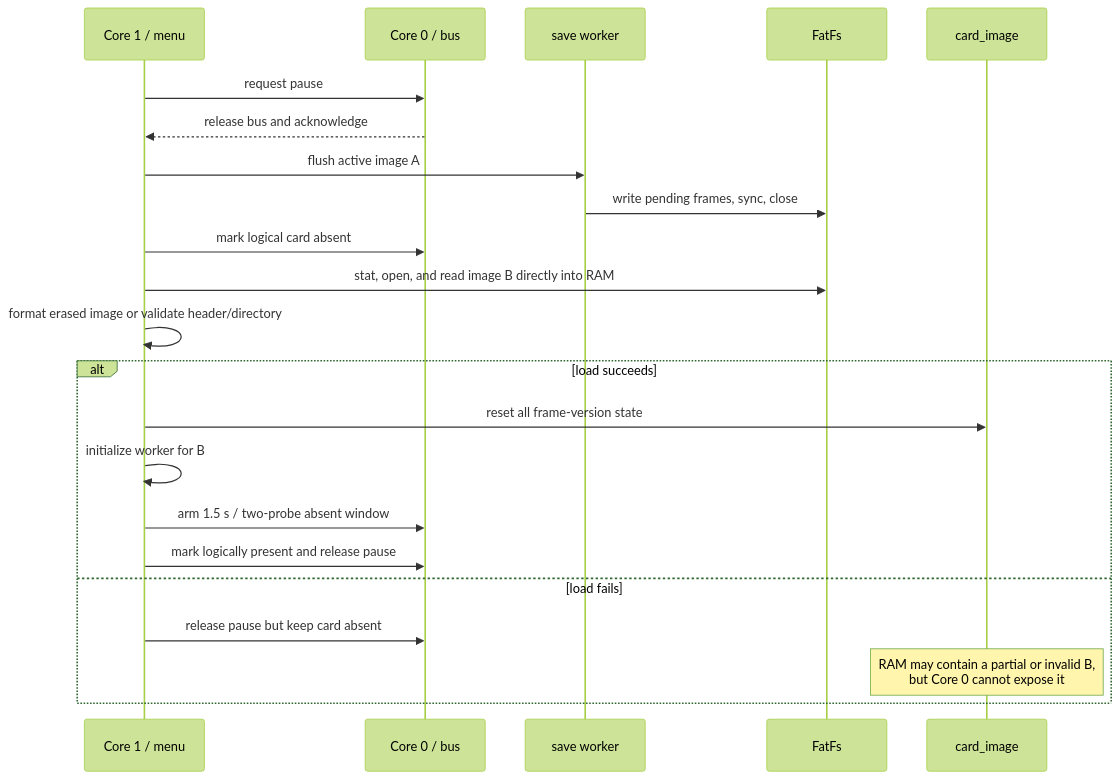
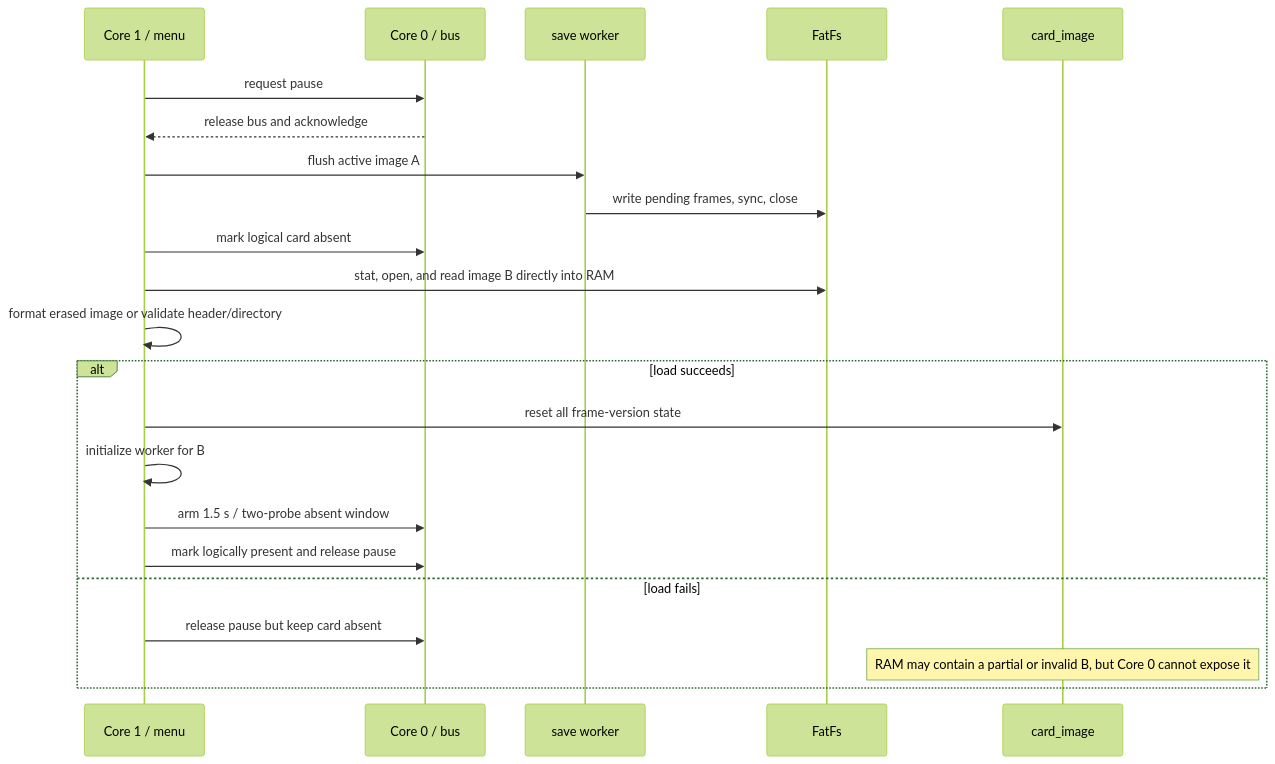
Before and after one commit to Blachovsky/PS-microCard: the third of 3 diagrams in docs/persistence.md, drawn with Mermaid (forest theme). The commit also changed 1 other file, not shown here.

Commit message:
documentation changes

````diff
--- a/docs/persistence.md
+++ b/docs/persistence.md
@@ -114,25 +114,25 @@
 ```mermaid
 sequenceDiagram
     participant UI as Core 1 / menu
     participant C0 as Core 0 / bus
     participant WORKER as save worker
     participant FS as FatFs
     participant RAM as card_image
 
     UI->>C0: request pause
     C0-->>UI: release bus and acknowledge
     UI->>WORKER: flush active image A
     WORKER->>FS: write pending frames, sync, close
     UI->>C0: mark logical card absent
     UI->>FS: stat, open, and read image B directly into RAM
     UI->>UI: format erased image or validate header/directory
     alt load succeeds
         UI->>RAM: reset all frame-version state
         UI->>UI: initialize worker for B
         UI->>C0: arm 1.5 s / two-probe absent window
         UI->>C0: mark logically present and release pause
     else load fails
         UI->>C0: release pause but keep card absent
-        Note over RAM: RAM may contain a partial or invalid B,<br/>but Core 0 cannot expose it
+        Note over RAM: RAM may contain a partial or invalid B, but Core 0 cannot expose it
     end
 ```
````
